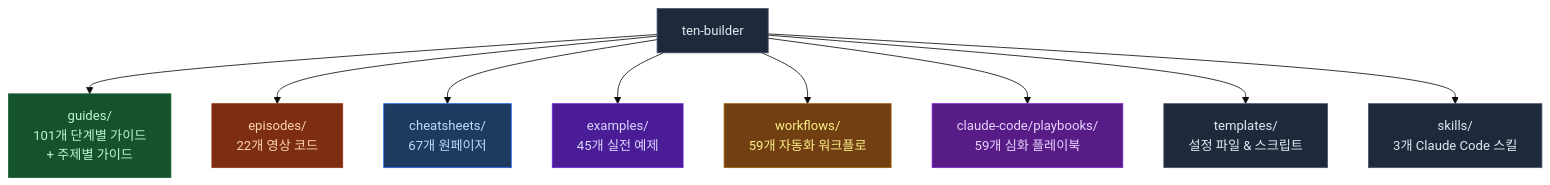
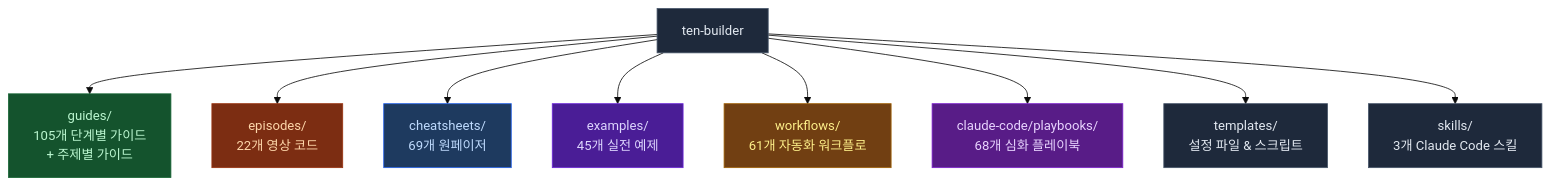
Before and after one commit to ten-builder/ten-builder: the first of 2 diagrams in README.md, drawn with Mermaid (base theme). The commit also changed other lines of this file, not shown here.

Commit message:
docs: README sync -- update counts (guides 105, cheatsheets 69, workflows 61, playbooks 68), add playbooks 66-68

````diff
--- a/README.md
+++ b/README.md
@@ -23,21 +23,21 @@
 ```mermaid
 flowchart TD
-    R["ten-builder"] --> G["guides/\n101개 단계별 가이드\n+ 주제별 가이드"]
+    R["ten-builder"] --> G["guides/\n105개 단계별 가이드\n+ 주제별 가이드"]
     R --> E["episodes/\n22개 영상 코드"]
-    R --> C["cheatsheets/\n67개 원페이저"]
+    R --> C["cheatsheets/\n69개 원페이저"]
     R --> EX["examples/\n45개 실전 예제"]
-    R --> W["workflows/\n59개 자동화 워크플로"]
-    R --> P["claude-code/playbooks/\n59개 심화 플레이북"]
+    R --> W["workflows/\n61개 자동화 워크플로"]
+    R --> P["claude-code/playbooks/\n68개 심화 플레이북"]
     R --> T["templates/\n설정 파일 & 스크립트"]
     R --> S["skills/\n3개 Claude Code 스킬"]
 
     style R fill:#1e293b,stroke:#475569,color:#e2e8f0
     style G fill:#14532d,stroke:#166534,color:#bbf7d0
     style E fill:#7c2d12,stroke:#9a3412,color:#fed7aa
     style C fill:#1e3a5f,stroke:#2563eb,color:#bfdbfe
     style EX fill:#4a1d96,stroke:#6d28d9,color:#ddd6fe
     style W fill:#713f12,stroke:#a16207,color:#fef08a
     style P fill:#581c87,stroke:#7e22ce,color:#e9d5ff
     style T fill:#1e293b,stroke:#475569,color:#e2e8f0
     style S fill:#1e293b,stroke:#475569,color:#e2e8f0
 ```
````
